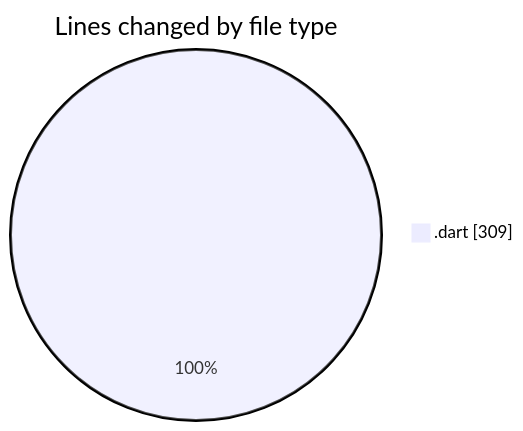
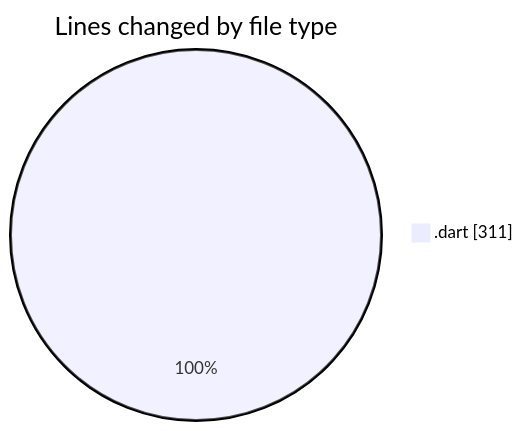
One commit to donsfak/code-tracking changed the first of 2 diagrams in 2025-01-24/trackers_app/README.md. Above: the diagram before and after it, drawn with Mermaid. The commit also changed other lines of this file and 1 other file, not shown here.

````diff
--- a/2025-01-24/trackers_app/README.md
+++ b/2025-01-24/trackers_app/README.md
@@ -22,5 +22,5 @@
 ```mermaid
 pie showData
 title Lines changed by file type
-".dart" : 309
+".dart" : 311
 ```
````
